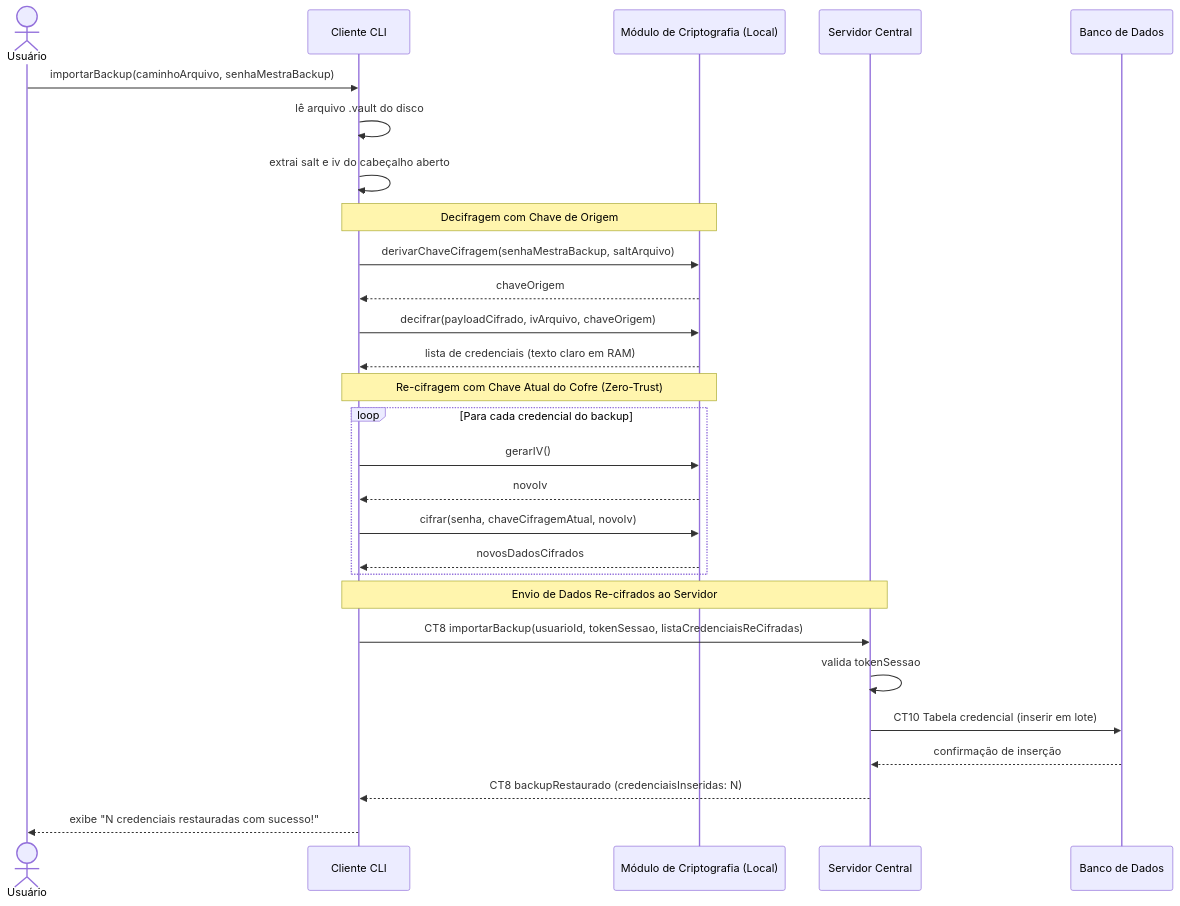
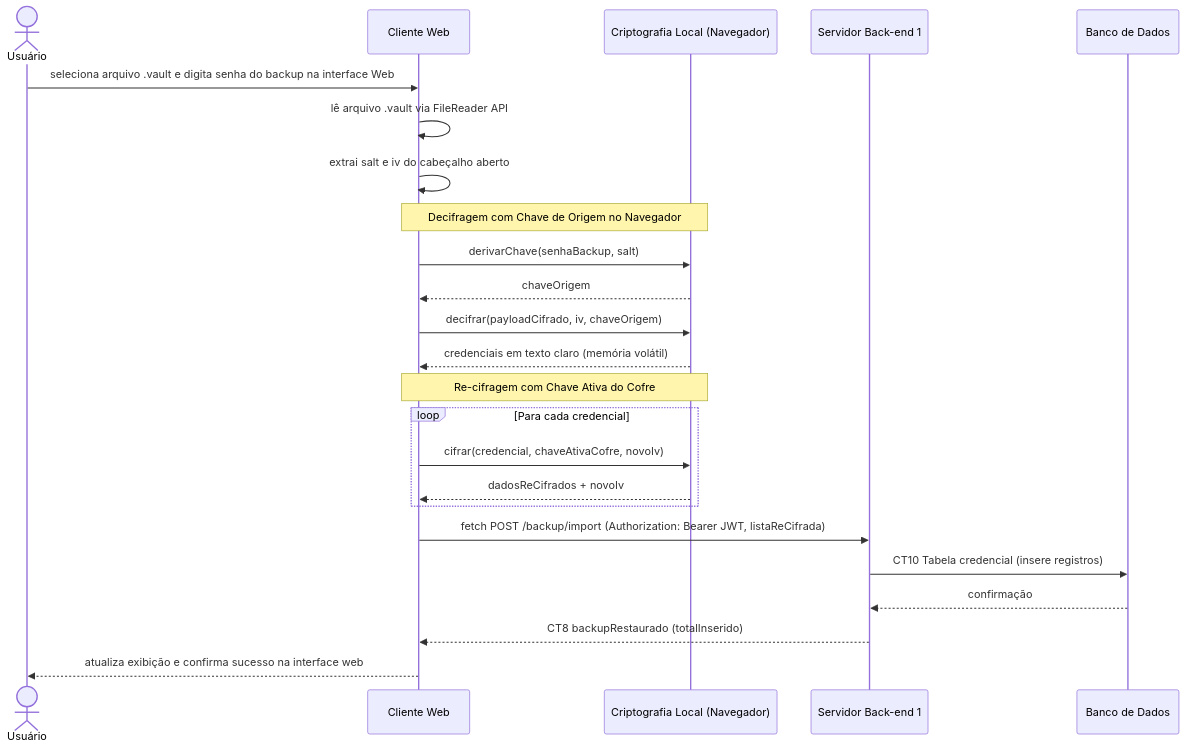
One commit to egili/pi4-0101-g6-frontend changed the diagram in docs/fluxos/E9-restauracao-backup.md. Above: the diagram before and after it, drawn with Mermaid. The commit also changed other lines of this file and 11 other files, not shown here.

Commit message:
fix(cliente): remove referencias a CLI e consolida front-end web com API e cifragem local (refs #834, TASK H05.3)

````diff
--- a/docs/fluxos/E9-restauracao-backup.md
+++ b/docs/fluxos/E9-restauracao-backup.md
@@ -38,34 +38,30 @@
 ```mermaid
 sequenceDiagram
     actor U as Usuário
-    participant C as Cliente CLI
-    participant CM as Módulo de Criptografia (Local)
-    participant S as Servidor Central
+    participant C as Cliente Web
+    participant CM as Criptografia Local (Navegador)
+    participant S as Servidor Back-end 1
     participant DB as Banco de Dados
 
-    U->>C: importarBackup(caminhoArquivo, senhaMestraBackup)
-    C->>C: lê arquivo .vault do disco
+    U->>C: seleciona arquivo .vault e digita senha do backup na interface Web
+    C->>C: lê arquivo .vault via FileReader API
     C->>C: extrai salt e iv do cabeçalho aberto
 
-    Note over C,CM: Decifragem com Chave de Origem
-    C->>CM: derivarChaveCifragem(senhaMestraBackup, saltArquivo)
+    Note over C,CM: Decifragem com Chave de Origem no Navegador
+    C->>CM: derivarChave(senhaBackup, salt)
     CM-->>C: chaveOrigem
-    C->>CM: decifrar(payloadCifrado, ivArquivo, chaveOrigem)
-    CM-->>C: lista de credenciais (texto claro em RAM)
+    C->>CM: decifrar(payloadCifrado, iv, chaveOrigem)
+    CM-->>C: credenciais em texto claro (memória volátil)
 
-    Note over C,CM: Re-cifragem com Chave Atual do Cofre (Zero-Trust)
-    loop Para cada credencial do backup
-        C->>CM: gerarIV()
-        CM-->>C: novoIv
-        C->>CM: cifrar(senha, chaveCifragemAtual, novoIv)
-        CM-->>C: novosDadosCifrados
+    Note over C,CM: Re-cifragem com Chave Ativa do Cofre
+    loop Para cada credencial
+        C->>CM: cifrar(credencial, chaveAtivaCofre, novoIv)
+        CM-->>C: dadosReCifrados + novoIv
     end
 
-    Note over C,S: Envio de Dados Re-cifrados ao Servidor
-    C->>S: CT8 importarBackup(usuarioId, tokenSessao, listaCredenciaisReCifradas)
-    S->>S: valida tokenSessao
-    S->>DB: CT10 Tabela credencial (inserir em lote)
-    DB-->>S: confirmação de inserção
-    S-->>C: CT8 backupRestaurado (credenciaisInseridas: N)
-    C-->>U: exibe "N credenciais restauradas com sucesso!"
+    C->>S: fetch POST /backup/import (Authorization: Bearer JWT, listaReCifrada)
+    S->>DB: CT10 Tabela credencial (insere registros)
+    DB-->>S: confirmação
+    S-->>C: CT8 backupRestaurado (totalInserido)
+    C-->>U: atualiza exibição e confirma sucesso na interface web
 ```
````
